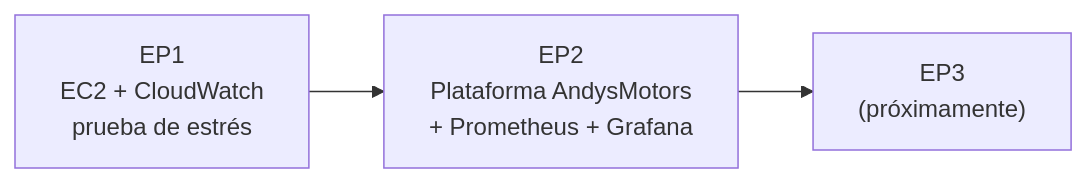
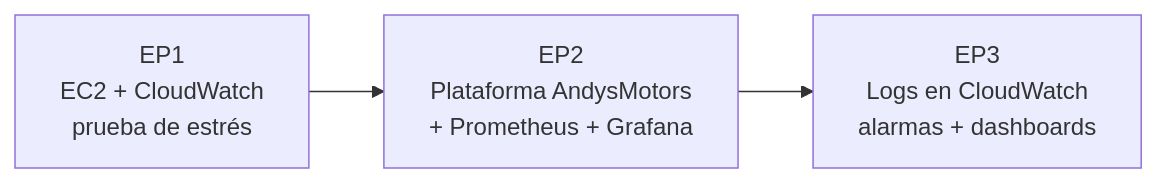
One commit to joseyovera/andysmotors-observabilidad changed the diagram in README.md. Above: the diagram before and after it, drawn with Mermaid. The commit also changed other lines of this file and 3 other files, not shown here.

````diff
--- a/README.md
+++ b/README.md
@@ -5,4 +5,4 @@
 ```mermaid
 flowchart LR
-    EP1["EP1<br/>EC2 + CloudWatch<br/>prueba de estrés"] --> EP2["EP2<br/>Plataforma AndysMotors<br/>+ Prometheus + Grafana"] --> EP3["EP3<br/>(próximamente)"]
+    EP1["EP1<br/>EC2 + CloudWatch<br/>prueba de estrés"] --> EP2["EP2<br/>Plataforma AndysMotors<br/>+ Prometheus + Grafana"] --> EP3["EP3<br/>Logs en CloudWatch<br/>alarmas + dashboards"]
 ```
````
